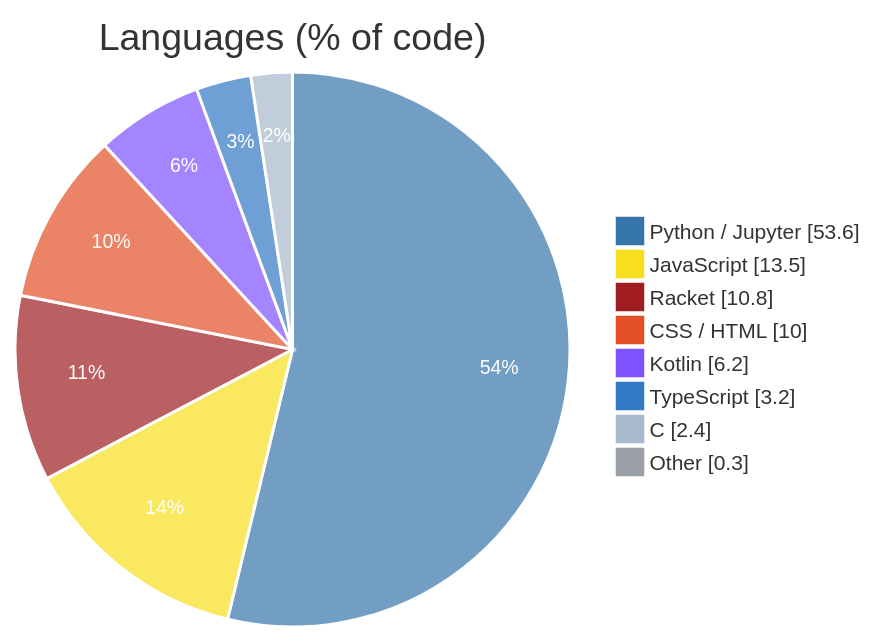
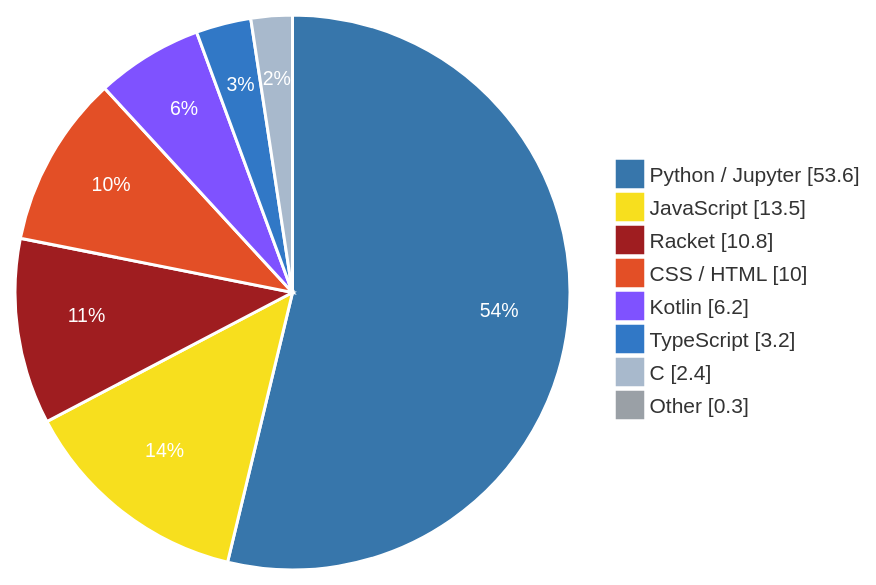
The diagram in README.md (HyeonbinJung/HyeonbinJung), drawn with Mermaid before and after one commit. The commit also changed other lines of this file, not shown here.

Commit message:
README: cleaner language chart (caption above, no in-chart title, full-opacity slices)

````diff
--- a/README.md
+++ b/README.md
@@ -21,13 +21,12 @@
 ```mermaid
-%%{init: {"theme": "base", "themeVariables": {"pie1": "#3776AB", "pie2": "#F7DF1E", "pie3": "#9F1D20", "pie4": "#E34F26", "pie5": "#7F52FF", "pie6": "#3178C6", "pie7": "#A8B9CC", "pie8": "#9AA0A6", "pieStrokeColor": "#ffffff", "pieOuterStrokeWidth": "0px", "pieSectionTextColor": "#ffffff", "pieLegendTextSize": "14px", "pieSectionTextSize": "13px"}}}%%
+%%{init: {"theme": "base", "themeVariables": {"pie1": "#3776AB", "pie2": "#F7DF1E", "pie3": "#9F1D20", "pie4": "#E34F26", "pie5": "#7F52FF", "pie6": "#3178C6", "pie7": "#A8B9CC", "pie8": "#9AA0A6", "pieOpacity": "1", "pieStrokeColor": "#ffffff", "pieStrokeWidth": "2px", "pieOuterStrokeWidth": "0px", "pieSectionTextColor": "#ffffff", "pieLegendTextSize": "14px", "pieSectionTextSize": "13px"}}}%%
 pie showData
-    title Languages (% of code)
     "Python / Jupyter" : 53.6
     "JavaScript" : 13.5
     "Racket" : 10.8
     "CSS / HTML" : 10.0
     "Kotlin" : 6.2
     "TypeScript" : 3.2
     "C" : 2.4
     "Other" : 0.3
 ```
````
